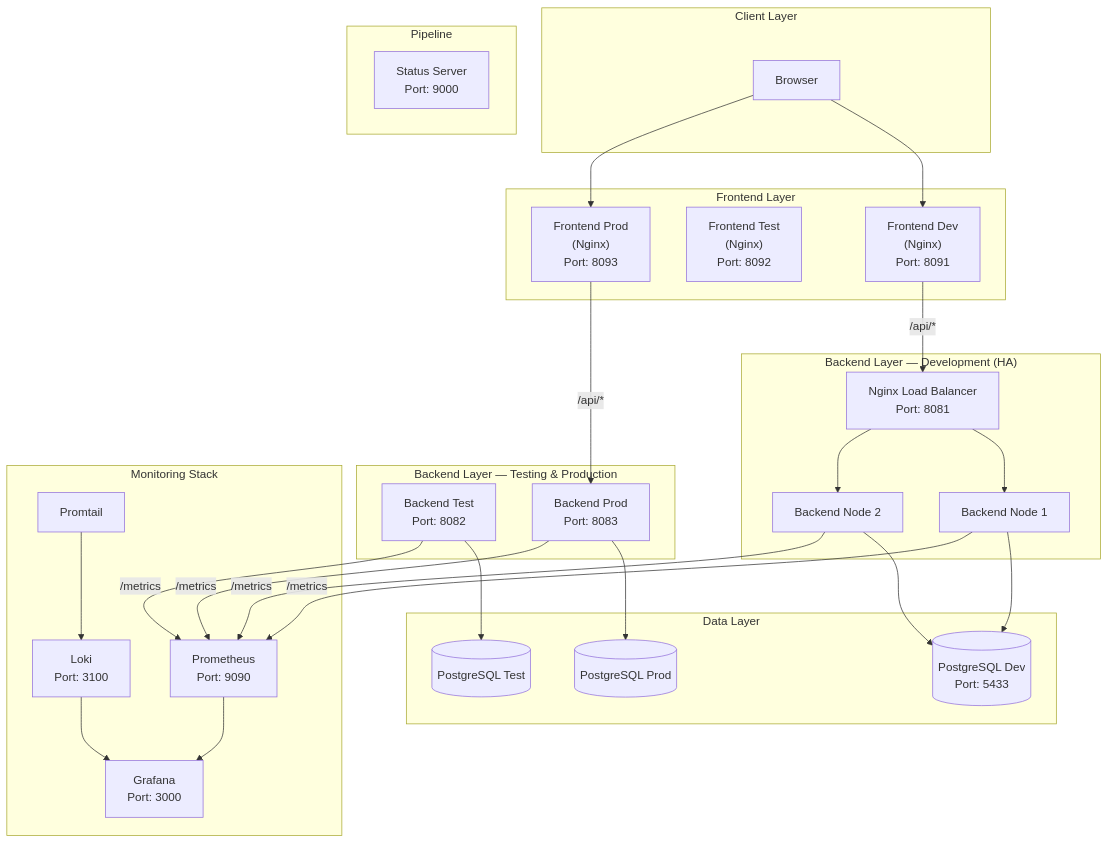
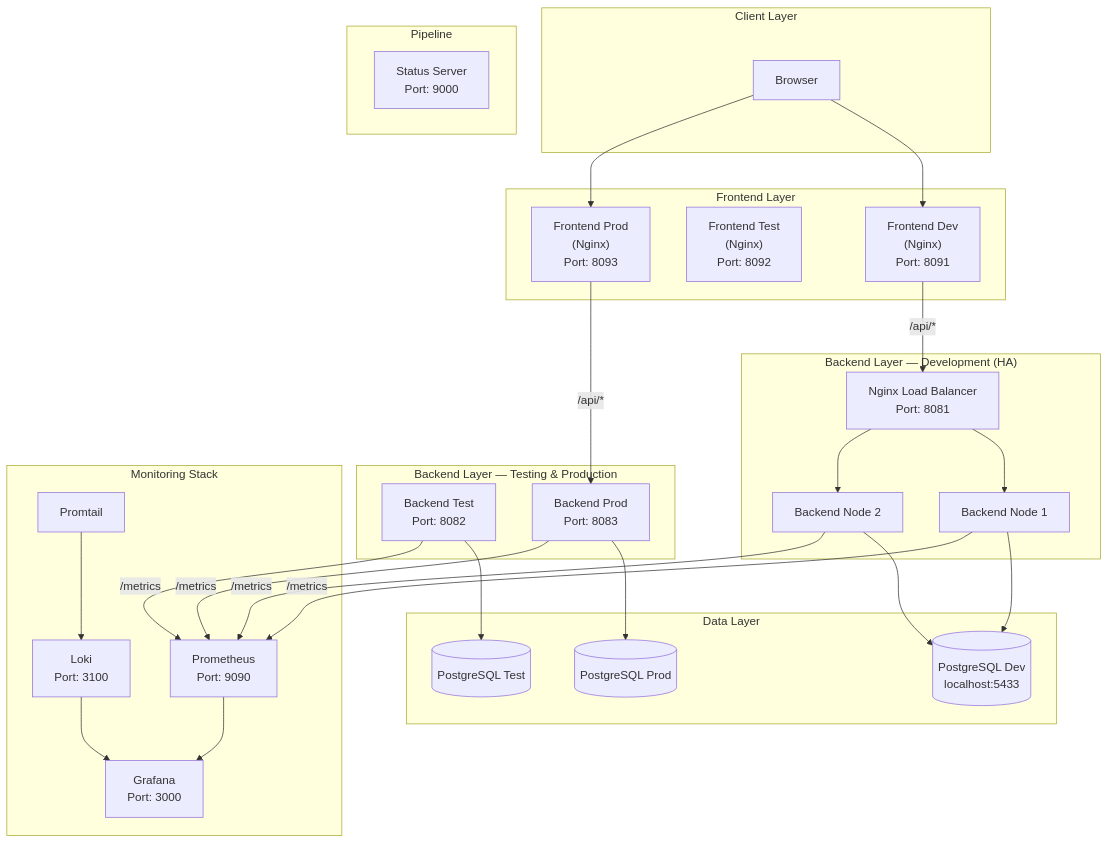
One commit to jordanvieno/Project-Magang changed the first of 5 diagrams in README.md. Above: the diagram before and after it, drawn with Mermaid. The commit also changed other lines of this file, not shown here.

````diff
--- a/README.md
+++ b/README.md
@@ -46,58 +47,58 @@
 ```mermaid
 graph TB
     subgraph "Client Layer"
         Browser["Browser"]
     end
 
     subgraph "Frontend Layer"
         FE_DEV["Frontend Dev<br/>(Nginx)<br/>Port: 8091"]
         FE_TEST["Frontend Test<br/>(Nginx)<br/>Port: 8092"]
         FE_PROD["Frontend Prod<br/>(Nginx)<br/>Port: 8093"]
     end
 
     subgraph "Backend Layer — Development (HA)"
         LB["Nginx Load Balancer<br/>Port: 8081"]
         NODE1["Backend Node 1"]
         NODE2["Backend Node 2"]
         LB --> NODE1
         LB --> NODE2
     end
 
     subgraph "Backend Layer — Testing & Production"
         BE_TEST["Backend Test<br/>Port: 8082"]
         BE_PROD["Backend Prod<br/>Port: 8083"]
     end
 
     subgraph "Pipeline"
         STATUS["Status Server<br/>Port: 9000"]
     end
 
     subgraph "Data Layer"
-        DB_DEV[("PostgreSQL Dev<br/>Port: 5433")]
+        DB_DEV[("PostgreSQL Dev<br/>localhost:5433")]
         DB_TEST[("PostgreSQL Test")]
         DB_PROD[("PostgreSQL Prod")]
     end
 
     subgraph "Monitoring Stack"
         PROM["Prometheus<br/>Port: 9090"]
         GRAF["Grafana<br/>Port: 3000"]
         LOKI["Loki<br/>Port: 3100"]
         PROMTAIL["Promtail"]
     end
 
     Browser --> FE_DEV
     Browser --> FE_PROD
     FE_DEV -->|"/api/*"| LB
     FE_PROD -->|"/api/*"| BE_PROD
     NODE1 --> DB_DEV
     NODE2 --> DB_DEV
     BE_TEST --> DB_TEST
     BE_PROD --> DB_PROD
     NODE1 -->|"/metrics"| PROM
     NODE2 -->|"/metrics"| PROM
     BE_TEST -->|"/metrics"| PROM
     BE_PROD -->|"/metrics"| PROM
     PROM --> GRAF
     PROMTAIL --> LOKI
     LOKI --> GRAF
 ```
````
